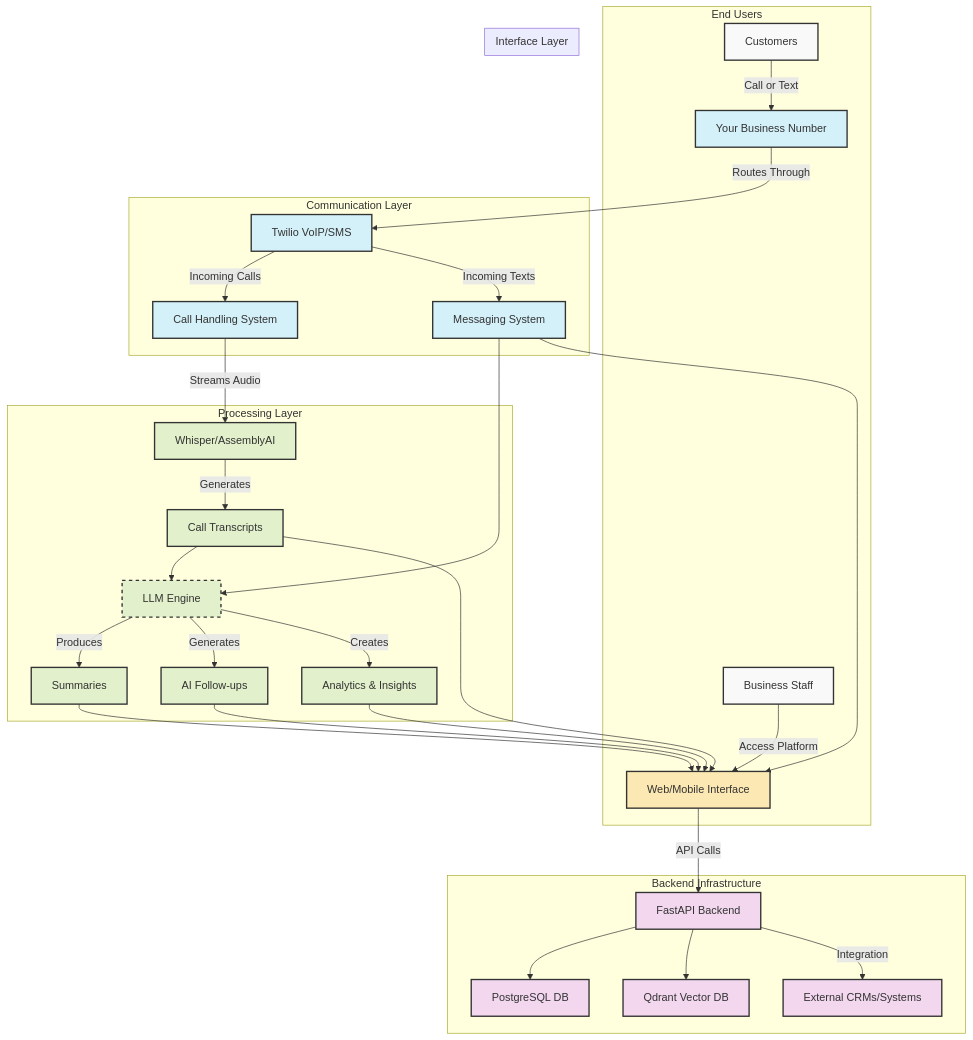
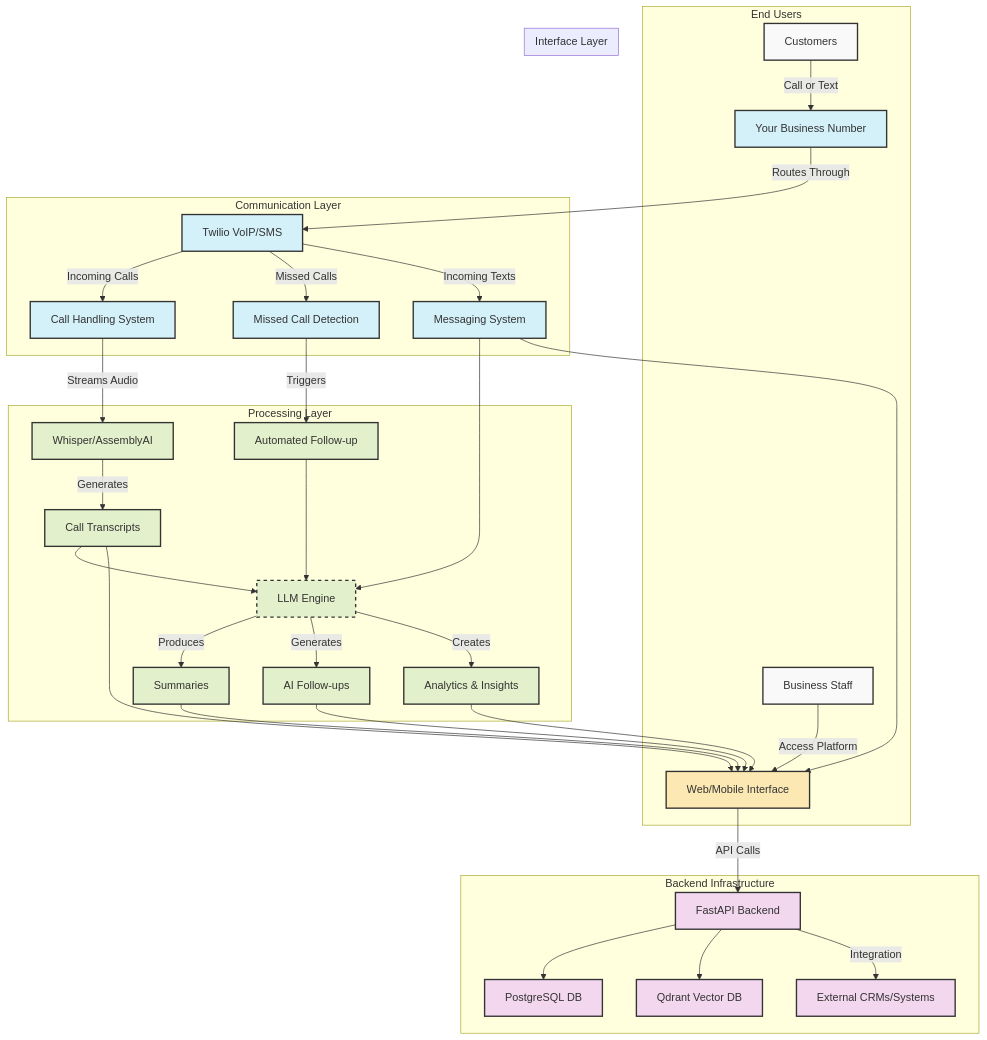
One commit to codingaslu/AI-Powered-VoIP-Platform-for-Repair-Businesses changed the diagram in README.md. Above: the diagram before and after it, drawn with Mermaid.

````diff
--- a/README.md
+++ b/README.md
@@ -7,56 +7,61 @@
 ```mermaid
 graph TD
     subgraph "End Users"
         A[Customers] -->|Call or Text| B[Your Business Number]
         M[Business Staff] -->|Access Platform| L[Web/Mobile Interface]
     end
     
     subgraph "Communication Layer"
         B -->|Routes Through| C[Twilio VoIP/SMS]
         C -->|Incoming Calls| D[Call Handling System]
+        C -->|Missed Calls| D1[Missed Call Detection]
         C -->|Incoming Texts| E[Messaging System]
     end
     
     subgraph "Processing Layer"
         D -->|Streams Audio| F[Whisper/AssemblyAI]
         F -->|Generates| G[Call Transcripts]
+        D1 -->|Triggers| J1[Automated Follow-up]
         G --> H[LLM Engine]
         E --> H
+        J1 --> H
         H -->|Produces| I[Summaries]
         H -->|Generates| J[AI Follow-ups]
         H -->|Creates| K[Analytics & Insights]
     end
     
     subgraph "Interface Layer"
         I --> L
         J --> L
         K --> L
         E --> L
         G --> L
     end
     
     subgraph "Backend Infrastructure"
         L -->|API Calls| N[FastAPI Backend]
         N --> O[PostgreSQL DB]
         N --> P[Qdrant Vector DB]
         N -->|Integration| Q[External CRMs/Systems]
     end
     
     style A fill:#f9f9f9,stroke:#333,stroke-width:2px
     style B fill:#d4f1f9,stroke:#333,stroke-width:2px
     style C fill:#d4f1f9,stroke:#333,stroke-width:2px
     style D fill:#d4f1f9,stroke:#333,stroke-width:2px
     style E fill:#d4f1f9,stroke:#333,stroke-width:2px
     style F fill:#e2f0cb,stroke:#333,stroke-width:2px
     style G fill:#e2f0cb,stroke:#333,stroke-width:2px
     style H fill:#e2f0cb,stroke:#333,stroke-width:2px,stroke-dasharray: 5 5
     style I fill:#e2f0cb,stroke:#333,stroke-width:2px
     style J fill:#e2f0cb,stroke:#333,stroke-width:2px
+    style J1 fill:#e2f0cb,stroke:#333,stroke-width:2px
+    style D1 fill:#d4f1f9,stroke:#333,stroke-width:2px
     style K fill:#e2f0cb,stroke:#333,stroke-width:2px
     style L fill:#fce8b2,stroke:#333,stroke-width:2px
     style M fill:#f9f9f9,stroke:#333,stroke-width:2px
     style N fill:#f2d7ee,stroke:#333,stroke-width:2px
     style O fill:#f2d7ee,stroke:#333,stroke-width:2px
     style P fill:#f2d7ee,stroke:#333,stroke-width:2px
     style Q fill:#f2d7ee,stroke:#333,stroke-width:2px
 ```
````
